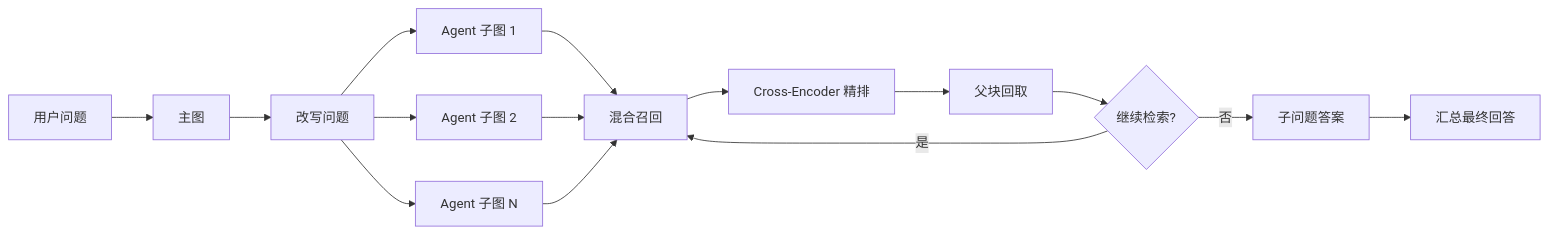
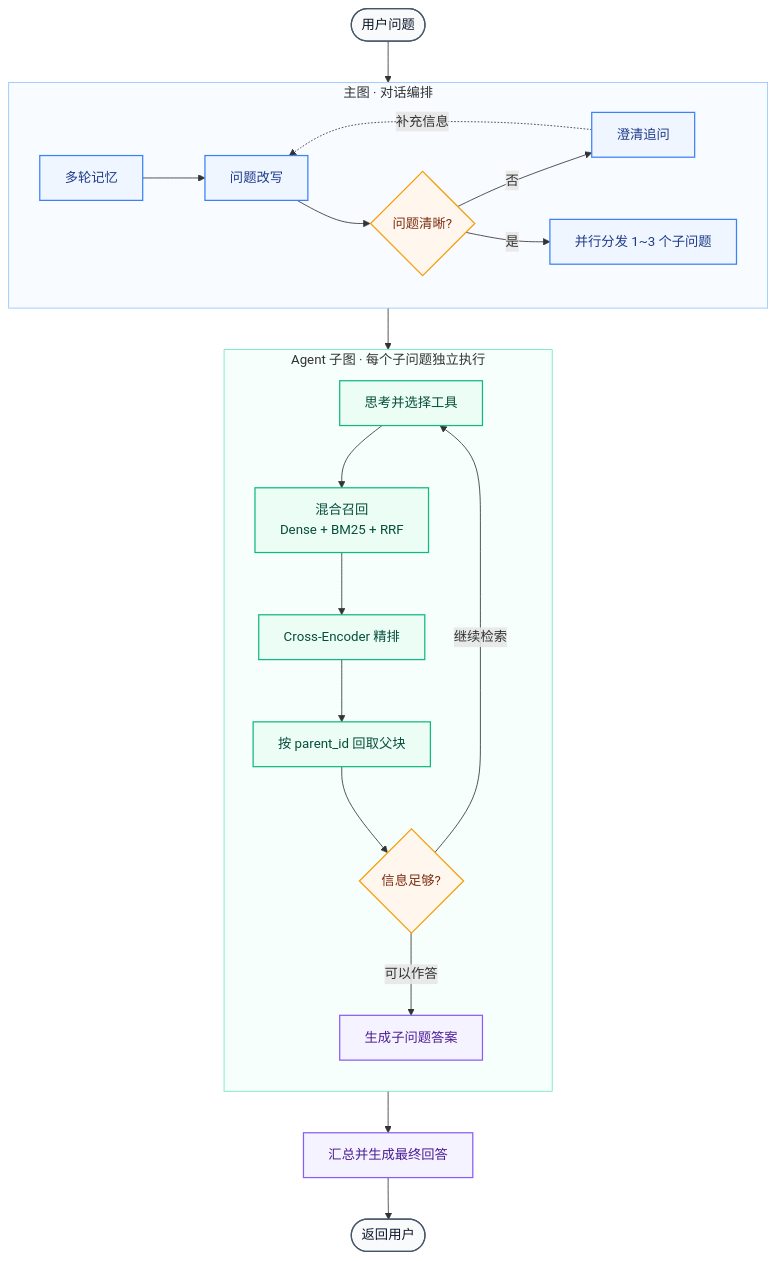
One commit to LiJiatuhly/Multi-turn-Agentic-RAG-Intelligent-Question-Answering-for-Enterprise-Documents changed the diagram in README.md. Above: the diagram before and after it, drawn with Mermaid.

Commit message:
Improve README architecture diagram

````diff
--- a/README.md
+++ b/README.md
@@ -39,17 +39,43 @@
 ```mermaid
-flowchart LR
-    Q[用户问题] --> M[主图]
-    M --> R[改写问题]
-    R --> A1[Agent 子图 1]
-    R --> A2[Agent 子图 2]
-    R --> AN[Agent 子图 N]
-    A1 --> S[混合召回]
-    A2 --> S
-    AN --> S
-    S --> RR[Cross-Encoder 精排]
-    RR --> P[父块回取]
-    P --> D{继续检索?}
-    D -->|是| S
-    D -->|否| F[子问题答案]
-    F --> G[汇总最终回答]
+flowchart TB
+    Q([用户问题]) --> M
+
+    subgraph MAIN[主图 · 对话编排]
+        direction LR
+        M[多轮记忆] --> R[问题改写]
+        R --> C{问题清晰?}
+        C -->|否| H[澄清追问]
+        H -. 补充信息 .-> R
+        C -->|是| F[并行分发 1~3 个子问题]
+    end
+
+    F --> A
+
+    subgraph AGENT[Agent 子图 · 每个子问题独立执行]
+        direction TB
+        A[思考并选择工具] --> S[混合召回<br/>Dense + BM25 + RRF]
+        S --> RR[Cross-Encoder 精排]
+        RR --> P[按 parent_id 回取父块]
+        P --> D{信息足够?}
+        D -->|继续检索| A
+        D -->|可以作答| SA[生成子问题答案]
+    end
+
+    SA --> G[汇总并生成最终回答]
+    G --> O([返回用户])
+
+    classDef input fill:#F8FAFC,stroke:#475569,color:#0F172A,stroke-width:1.5px;
+    classDef main fill:#EFF6FF,stroke:#3B82F6,color:#1E3A8A,stroke-width:1.5px;
+    classDef agent fill:#ECFDF5,stroke:#10B981,color:#064E3B,stroke-width:1.5px;
+    classDef decision fill:#FFF7ED,stroke:#F59E0B,color:#7C2D12,stroke-width:1.5px;
+    classDef answer fill:#F5F3FF,stroke:#8B5CF6,color:#4C1D95,stroke-width:1.5px;
+
+    class Q,O input;
+    class M,R,H,F main;
+    class A,S,RR,P agent;
+    class C,D decision;
+    class SA,G answer;
+
+    style MAIN fill:#F8FBFF,stroke:#93C5FD,stroke-width:1px
+    style AGENT fill:#F6FFFB,stroke:#6EE7B7,stroke-width:1px
 ```
````
